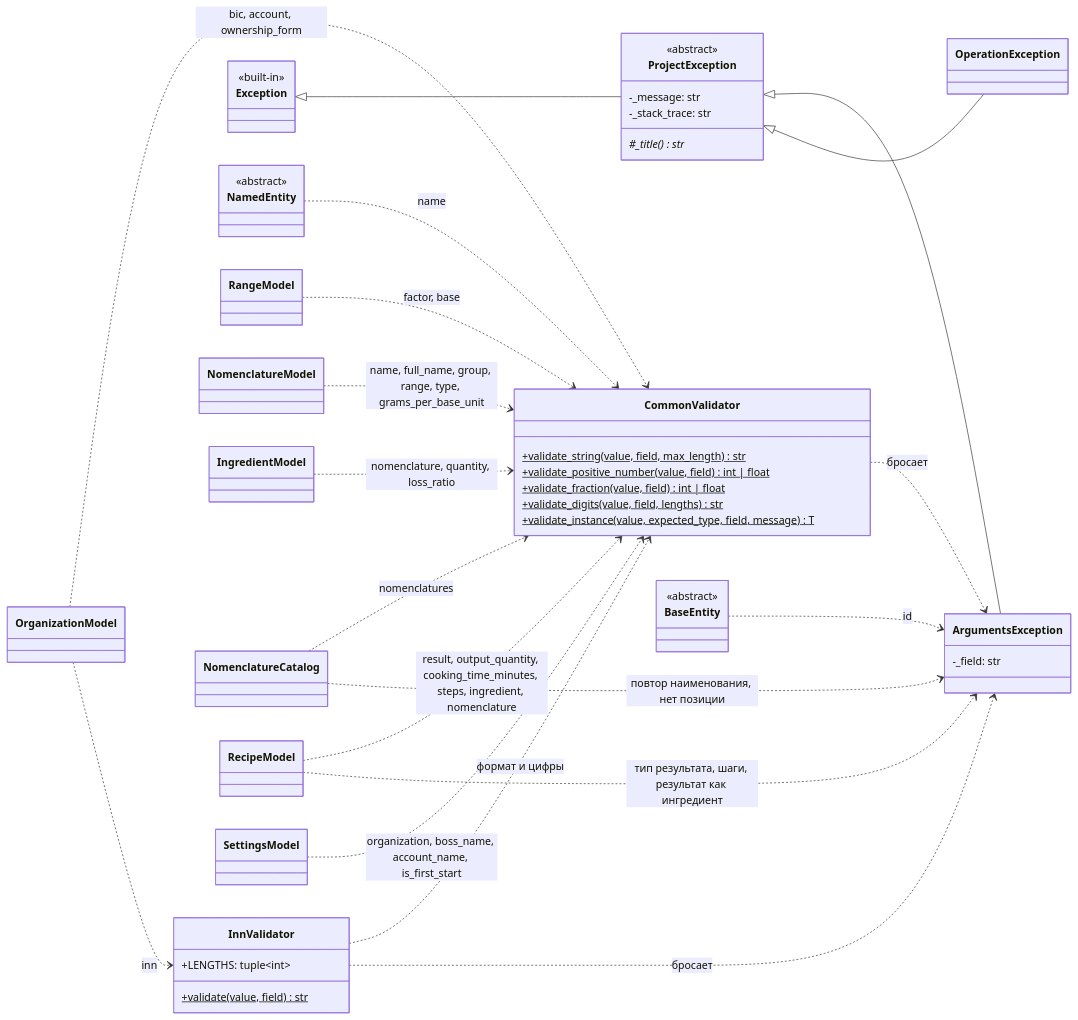
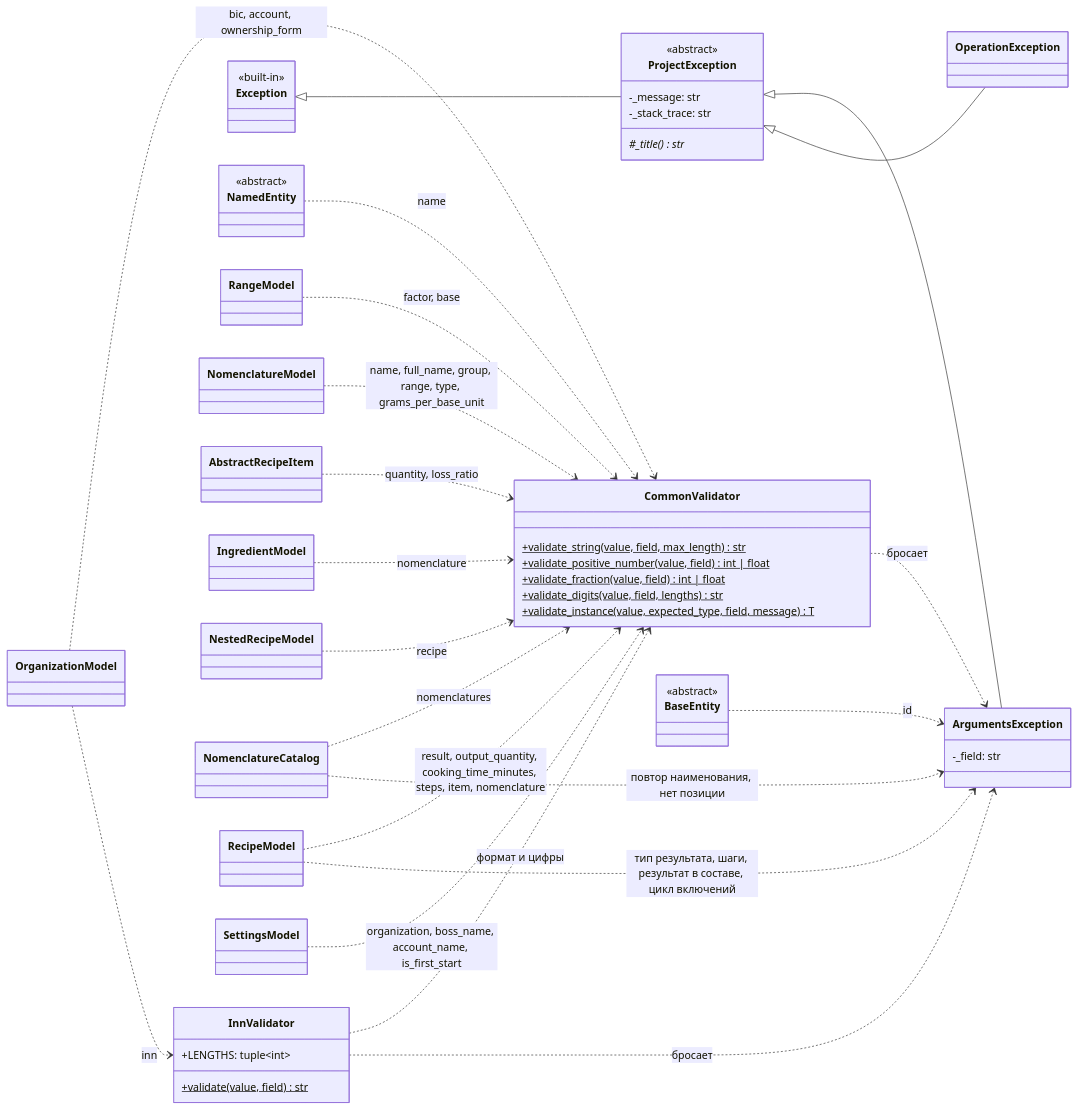
Before and after one commit to asutenshi/design-patterns: the third of 5 diagrams in Docs/ClassDiagram.md, drawn with Mermaid. The commit also changed other lines of this file and 14 other files, not shown here.

First line of the commit message:
refactor: model recipe composition as a composite of items

````diff
--- a/Docs/ClassDiagram.md
+++ b/Docs/ClassDiagram.md
@@ -279,69 +323,73 @@
 ```mermaid
 classDiagram
     direction LR
 
     class CommonValidator {
         +validate_string(value, field, max_length)$ str
         +validate_positive_number(value, field)$ int | float
         +validate_fraction(value, field)$ int | float
         +validate_digits(value, field, lengths)$ str
         +validate_instance(value, expected_type, field, message)$ T
     }
 
     class InnValidator {
         +LENGTHS: tuple~int~
         +validate(value, field)$ str
     }
 
     class ProjectException {
         <<abstract>>
         -_message: str
         -_stack_trace: str
         #_title()* str
     }
 
     class ArgumentsException {
         -_field: str
     }
 
     class OperationException
 
     class Exception {
         <<built-in>>
     }
 
     class NamedEntity {
         <<abstract>>
     }
 
     class BaseEntity {
         <<abstract>>
     }
 
     class RangeModel
     class NomenclatureModel
+    class AbstractRecipeItem
     class IngredientModel
+    class NestedRecipeModel
     class NomenclatureCatalog
     class RecipeModel
     class OrganizationModel
     class SettingsModel
 
     Exception <|-- ProjectException
     ProjectException <|-- ArgumentsException
     ProjectException <|-- OperationException
     InnValidator ..> CommonValidator : формат и цифры
     CommonValidator ..> ArgumentsException : бросает
     InnValidator ..> ArgumentsException : бросает
     BaseEntity ..> ArgumentsException : id
     NamedEntity ..> CommonValidator : name
     RangeModel ..> CommonValidator : factor, base
     NomenclatureModel ..> CommonValidator : name, full_name, group, range, type, grams_per_base_unit
-    IngredientModel ..> CommonValidator : nomenclature, quantity, loss_ratio
+    AbstractRecipeItem ..> CommonValidator : quantity, loss_ratio
+    IngredientModel ..> CommonValidator : nomenclature
+    NestedRecipeModel ..> CommonValidator : recipe
     NomenclatureCatalog ..> CommonValidator : nomenclatures
     NomenclatureCatalog ..> ArgumentsException : повтор наименования, нет позиции
-    RecipeModel ..> CommonValidator : result, output_quantity, cooking_time_minutes, steps, ingredient, nomenclature
-    RecipeModel ..> ArgumentsException : тип результата, шаги, результат как ингредиент
+    RecipeModel ..> CommonValidator : result, output_quantity, cooking_time_minutes, steps, item, nomenclature
+    RecipeModel ..> ArgumentsException : тип результата, шаги, результат в составе, цикл включений
     OrganizationModel ..> CommonValidator : bic, account, ownership_form
     OrganizationModel ..> InnValidator : inn
     SettingsModel ..> CommonValidator : organization, boss_name, account_name, is_first_start
 ```
````
